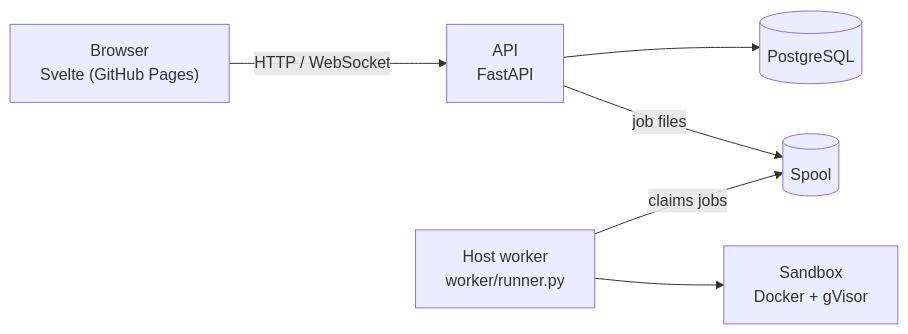
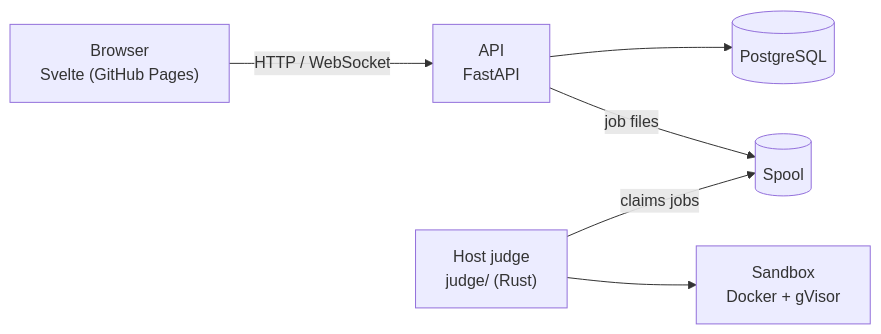
Before and after one commit to Vianpyro/ctester: the diagram in README.md, drawn with Mermaid. The commit also changed other lines of this file and 28 other files, not shown here.

````diff
--- a/README.md
+++ b/README.md
@@ -18,15 +18,15 @@
 ```mermaid
 flowchart LR
     B["Browser<br/>Svelte (GitHub Pages)"]
     A["API<br/>FastAPI"]
     Q[("Spool")]
-    W["Host worker<br/>worker/runner.py"]
+    W["Host judge<br/>judge/ (Rust)"]
     S["Sandbox<br/>Docker + gVisor"]
     DB[("PostgreSQL")]
 
     B -->|HTTP / WebSocket| A
     A --> DB
     A -->|job files| Q
     W -->|claims jobs| Q
     W --> S
 ```
````
